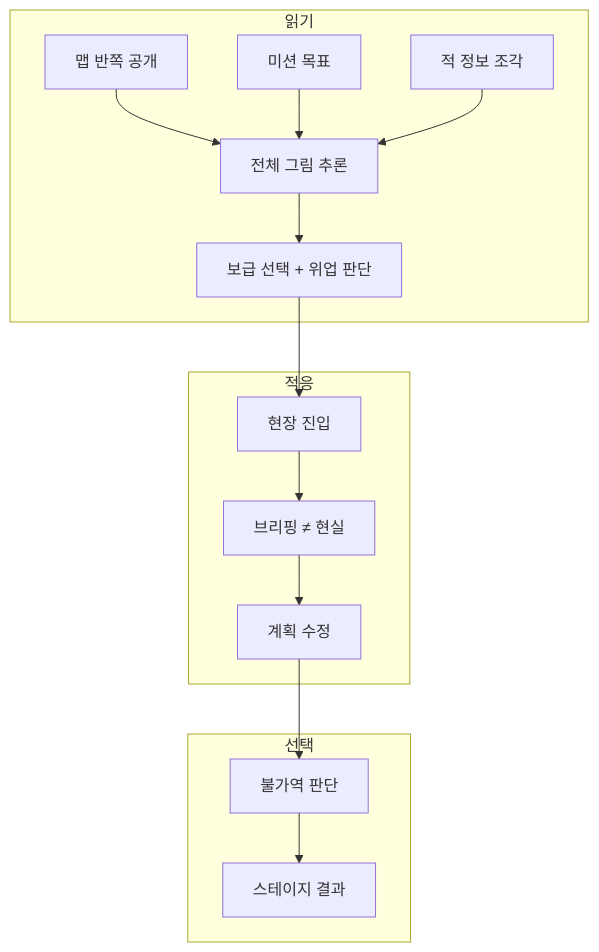
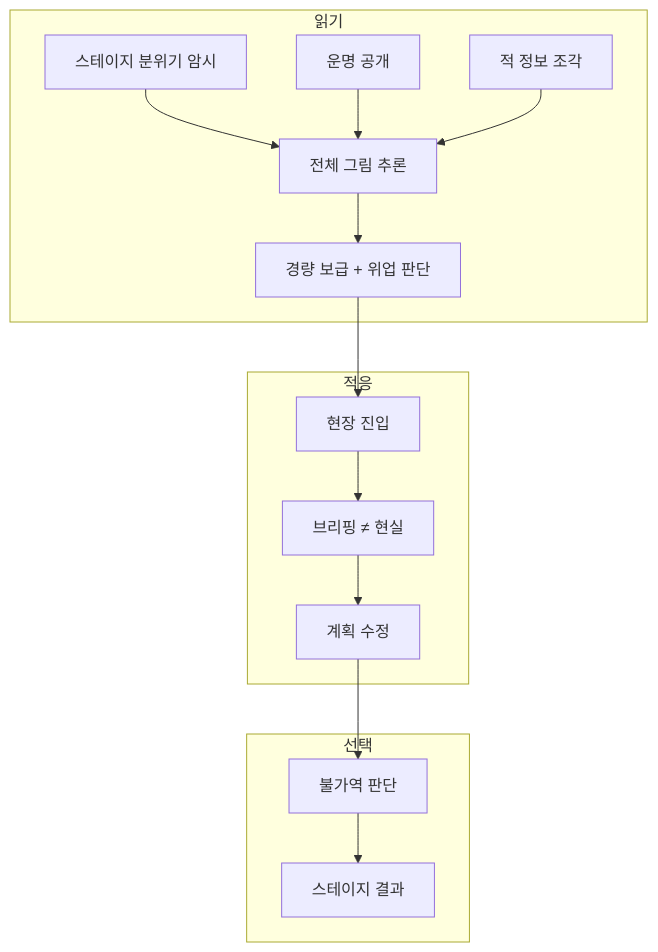
Before and after one commit to roam1215-beep/Chronicle-wiki: the second of 2 diagrams in 01_코어/핵심경험목표.md, drawn with Mermaid. The commit also changed other lines of this file, not shown here.

````diff
--- a/01_코어/핵심경험목표.md
+++ b/01_코어/핵심경험목표.md
@@ -58,18 +58,18 @@
 ```mermaid
 flowchart TD
     subgraph 읽기
-        M["맵 반쪽 공개"] --> I["전체 그림 추론"]
-        O["미션 목표"] --> I
+        M["스테이지 분위기 암시"] --> I["전체 그림 추론"]
+        O["운명 공개"] --> I
         E["적 정보 조각"] --> I
-        I --> S["보급 선택 + 위업 판단"]
+        I --> S["경량 보급 + 위업 판단"]
     end
     subgraph 적응
         S --> R["현장 진입"]
         R --> G["브리핑 ≠ 현실"]
         G --> P["계획 수정"]
     end
     subgraph 선택
         P --> C["불가역 판단"]
         C --> RS["스테이지 결과"]
     end
 ```
````
